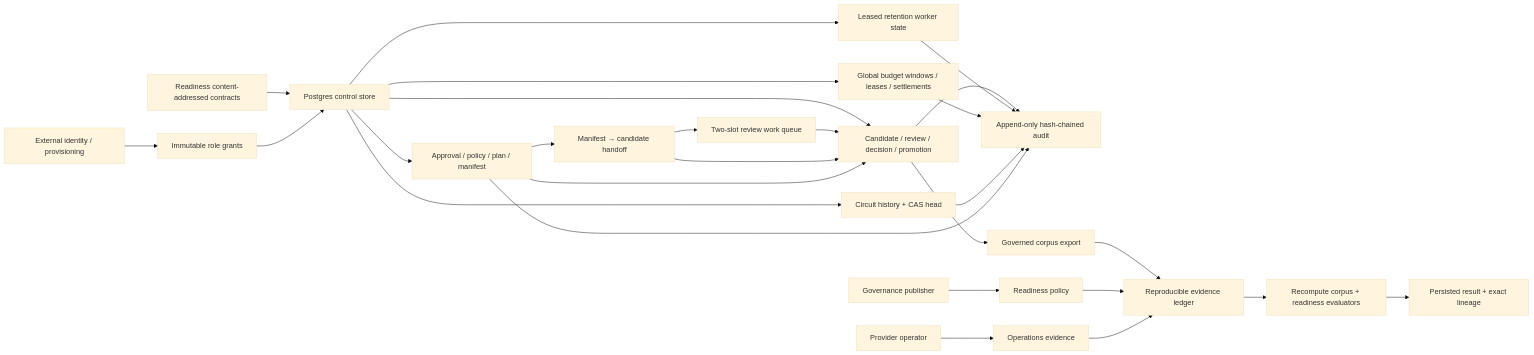
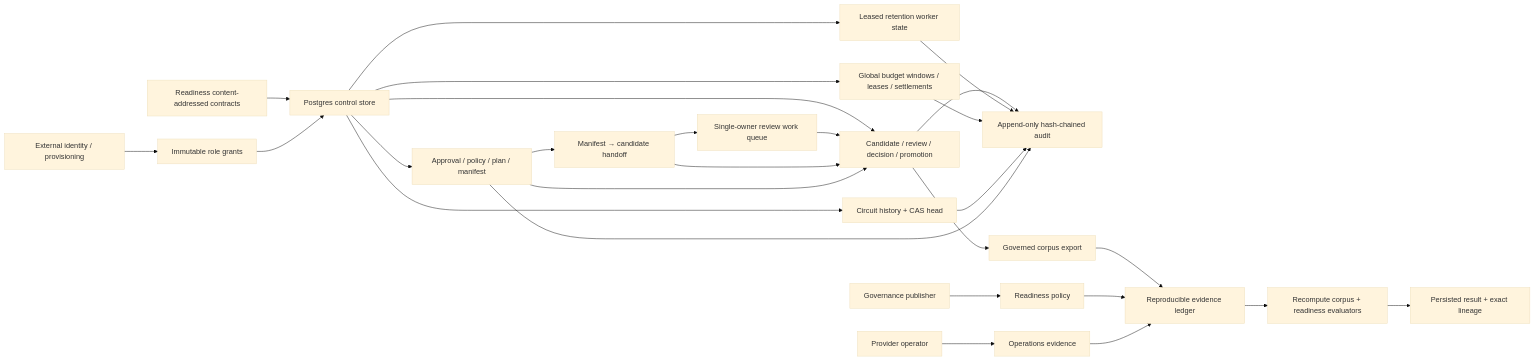
One commit to spencer17x/xxyy-ask changed the diagram in docs/evm-chain-analysis-control-store.md. Above: the diagram before and after it, drawn with Mermaid (base theme). The commit also changed other lines of this file and 39 other files, not shown here.

Commit message:
feat: adopt single-owner governance profile

````diff
--- a/docs/evm-chain-analysis-control-store.md
+++ b/docs/evm-chain-analysis-control-store.md
@@ -19,29 +19,29 @@
 ```mermaid
 flowchart LR
   Contract["Readiness content-addressed contracts"] --> Store["Postgres control store"]
   Identity["External identity / provisioning"] --> Grant["Immutable role grants"]
   Grant --> Store
   Store --> Sampling["Approval / policy / plan / manifest"]
   Sampling --> Handoff["Manifest → candidate handoff"]
-  Handoff --> ReviewQueue["Two-slot review work queue"]
+  Handoff --> ReviewQueue["Single-owner review work queue"]
   Store --> Governance["Candidate / review / decision / promotion"]
   ReviewQueue --> Governance
   Handoff --> Governance
   Store --> Retention["Leased retention worker state"]
   Store --> Budget["Global budget windows / leases / settlements"]
   Store --> Circuit["Circuit history + CAS head"]
   Governance --> Audit["Append-only hash-chained audit"]
   Retention --> Audit
   Budget --> Audit
   Circuit --> Audit
   Sampling --> Audit
   Sampling --> Governance
   Governance --> Export["Governed corpus export"]
   Publisher["Governance publisher"] --> Policy["Readiness policy"]
   Operator["Provider operator"] --> Ops["Operations evidence"]
   Export --> Ledger["Reproducible evidence ledger"]
   Policy --> Ledger
   Ops --> Ledger
   Ledger --> Harness["Recompute corpus + readiness evaluators"]
   Harness --> Attestation["Persisted result + exact lineage"]
 ```
````
